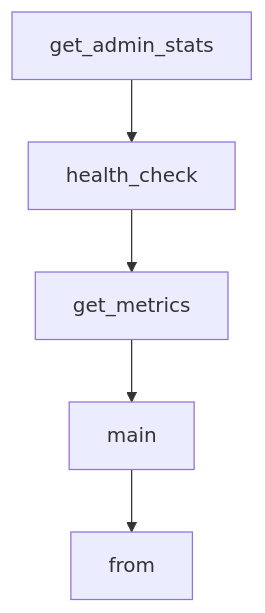
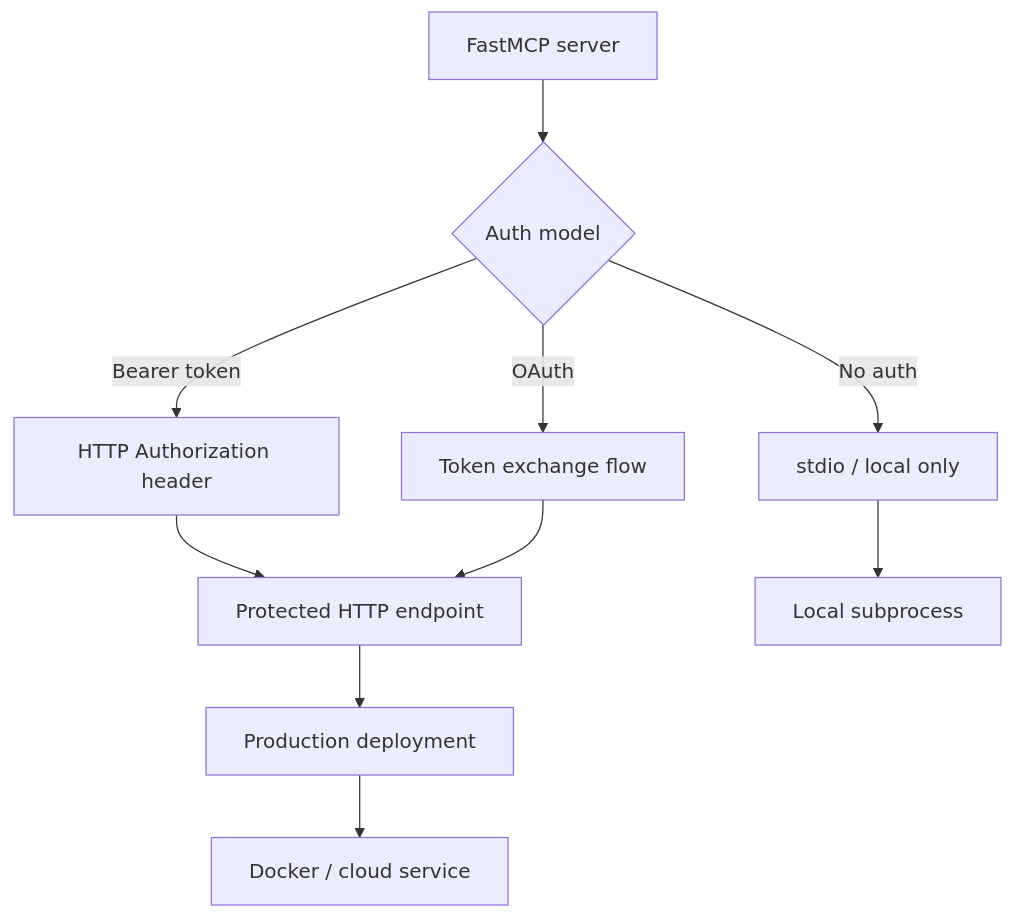
The diagram in tutorials/fastmcp-tutorial/06-configuration-auth-and-deployment.md (johnxie/awesome-code-docs), drawn with Mermaid before and after one commit. The commit also changed other lines of this file and 1232 other files, not shown here.

````diff
--- a/tutorials/fastmcp-tutorial/06-configuration-auth-and-deployment.md
+++ b/tutorials/fastmcp-tutorial/06-configuration-auth-and-deployment.md
@@ -213,12 +44,12 @@
 ```mermaid
 flowchart TD
-    A[get_admin_stats]
-    B[health_check]
-    C[get_metrics]
-    D[main]
-    E[from]
-    A --> B
-    B --> C
-    C --> D
-    D --> E
+    A[FastMCP server] --> B{Auth model}
+    B -->|No auth| C[stdio / local only]
+    B -->|Bearer token| D[HTTP Authorization header]
+    B -->|OAuth| E[Token exchange flow]
+    D --> F[Protected HTTP endpoint]
+    E --> F
+    C --> G[Local subprocess]
+    F --> H[Production deployment]
+    H --> I[Docker / cloud service]
 ```
````
